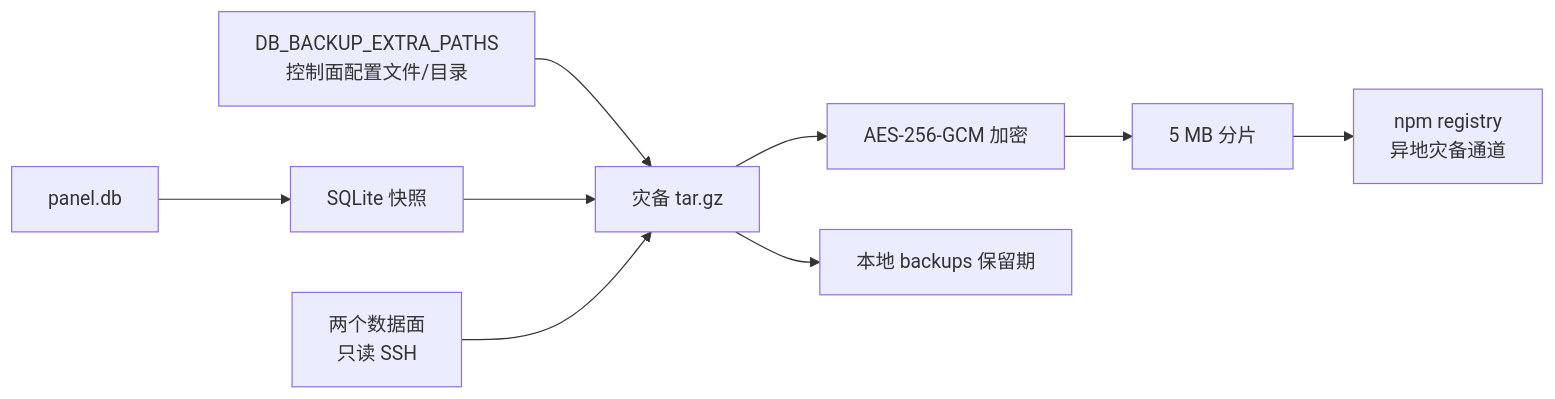
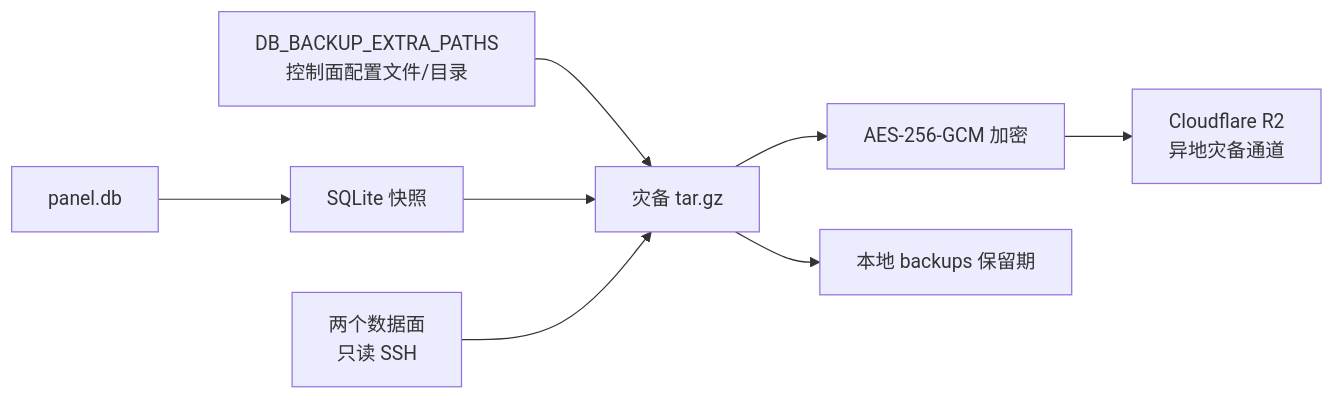
Before and after one commit to i-zrhe2016/ai-routing-panel: the diagram in docs/disaster-backup.md, drawn with Mermaid. The commit also changed other lines of this file and 29 other files, not shown here.

````diff
--- a/docs/disaster-backup.md
+++ b/docs/disaster-backup.md
@@ -15,11 +14,10 @@
 ```mermaid
 flowchart LR
     A[panel.db] --> B[SQLite 快照]
     C[DB_BACKUP_EXTRA_PATHS<br/>控制面配置文件/目录] --> D[灾备 tar.gz]
     B --> D
     N[两个数据面<br/>只读 SSH] --> D
     D --> E[AES-256-GCM 加密]
-    E --> F[5 MB 分片]
-    F --> G[npm registry<br/>异地灾备通道]
+    E --> F[Cloudflare R2<br/>异地灾备通道]
     D --> H[本地 backups 保留期]
 ```
````
